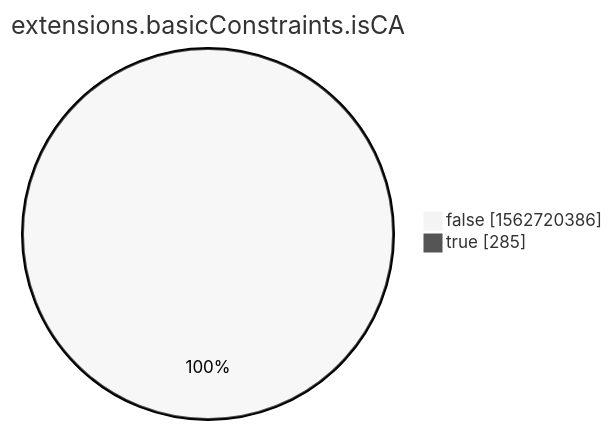
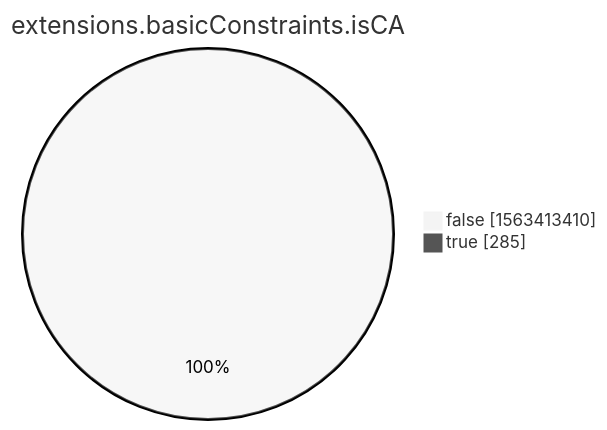
One commit to christiankrug/ctmonitor_visualization changed the eighth of 15 diagrams in xenon2022/README.md. Above: the diagram before and after it, drawn with Mermaid (neutral theme). The commit also changed other lines of this file, not shown here.

````diff
--- a/xenon2022/README.md
+++ b/xenon2022/README.md
@@ -2860,6 +2860,6 @@
 ```mermaid
 pie showData
 title extensions.basicConstraints.isCA
-"false" :1562720386
+"false" :1563413410
 "true" :285
 ```
````
